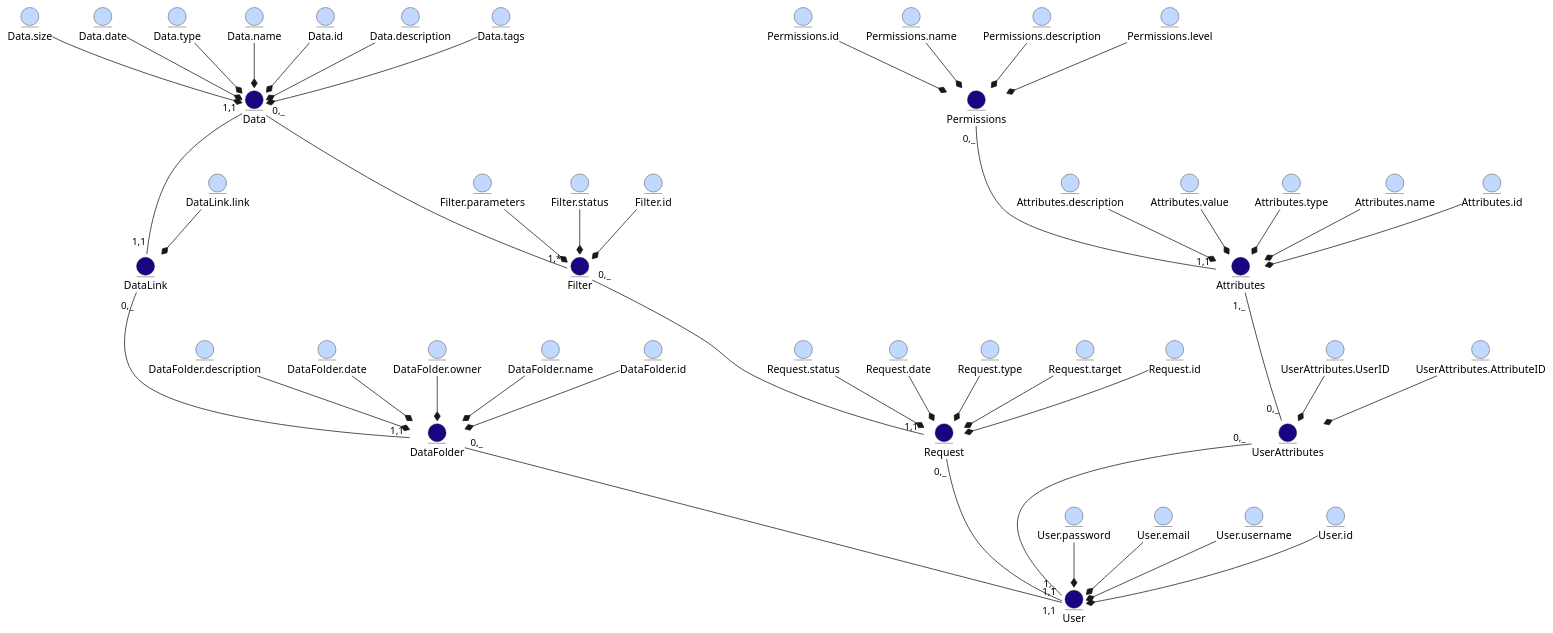
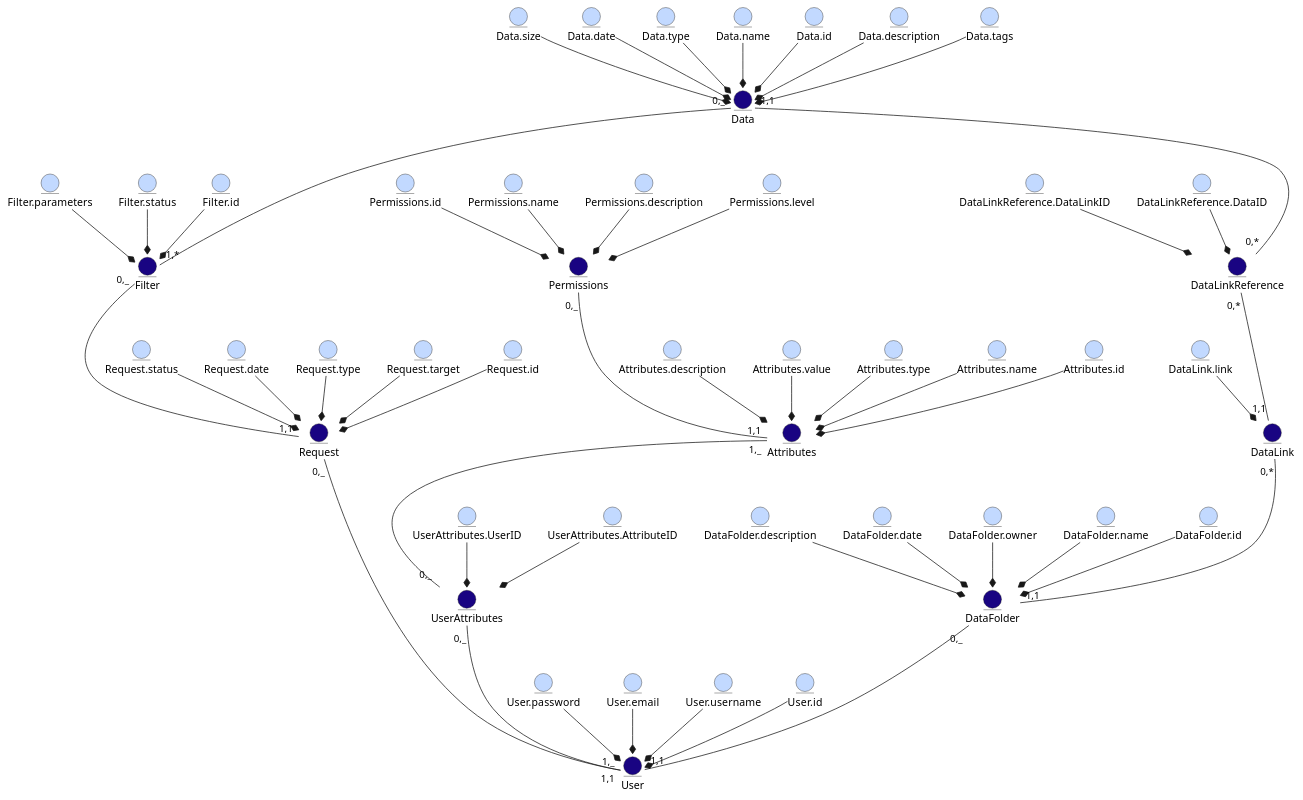
The diagram in docs/design/README.md (edu-db/edu_db_labs), drawn with PlantUML before and after one commit.

Commit message:
feat: add DataLinkReference entity

```diff
--- a/docs/design/README.md
+++ b/docs/design/README.md
@@ -55,21 +55,21 @@
 entity Data.description #C2D9FF
 entity Data.tags #C2D9FF
 
-
-entity DataLink #190482
-entity DataLink.link #C2D9FF
-
 entity UserAttributes  #190482
 entity UserAttributes.UserID  #C2D9FF
 entity UserAttributes.AttributeID #C2D9FF
 
+entity DataLinkReference  #190482
+entity DataLinkReference.DataLinkID  #C2D9FF
+entity DataLinkReference.DataID #C2D9FF
 
+entity DataLink #190482
+entity DataLink.link #C2D9FF
 
 User.password -d-* User
 User.email -d-* User
 User.username -d-* User
 User.id -d-* User
-
 
 Request.status -d-* Request
 Request.type -d-* Request
@@ -89,12 +89,19 @@
 Data.description -d-* Data
 Data.tags -d-* Data
 
+
+DataLink.link -d-* DataLink
+
+
+
 DataFolder.description -d-* DataFolder
 DataFolder.date -d-* DataFolder
 DataFolder.owner -d-* DataFolder
 DataFolder.name -d-* DataFolder
 DataFolder.id -d-* DataFolder
 
+DataLinkReference.DataLinkID -d-* DataLinkReference
+DataLinkReference.DataID -d-* DataLinkReference
 
 UserAttributes.UserID -d-* UserAttributes
 UserAttributes.AttributeID -d-* UserAttributes
@@ -111,9 +118,6 @@
 Permissions.name -d-* Permissions
 Permissions.id -d-* Permissions
 
-DataLink.link -d-* DataLink
-
-
 User "1,_" --u- "0,_" UserAttributes
 User "1,1" --u- "0,_" Request
 User "1,1" --u- "0,_" DataFolder
@@ -121,7 +125,8 @@
 Filter "1,*" --u- "0,_" Data
 UserAttributes "0,_" --u- "1,_" Attributes
 Attributes "1,1" --u- "0,_" Permissions
-DataFolder "1,1" --u- "0,_" DataLink
-DataLink "1,1" --u- "1,1" Data
+DataFolder "1,1" --u- "0,*" DataLink 
+DataLink "1,1" --u- "0,*" DataLinkReference
+DataLinkReference "0,*" --u- "1,1" Data
 
 @enduml
```
